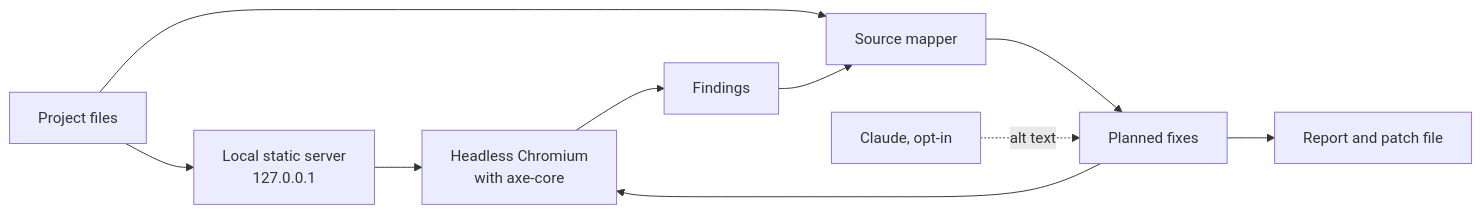
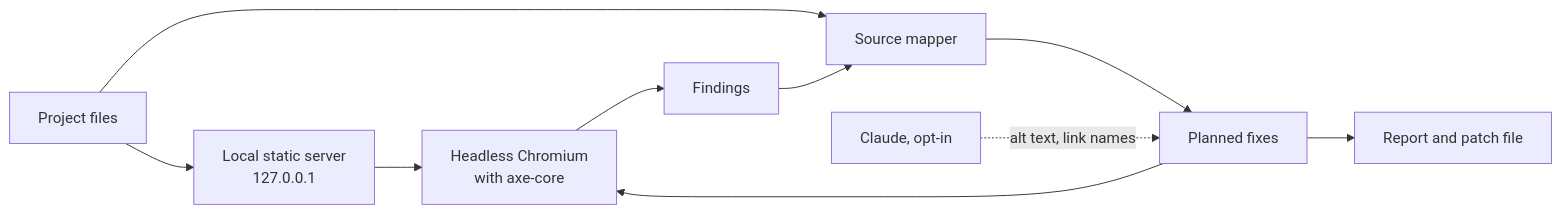
Before and after one commit to NoahIT/allymend: the diagram in docs/data-flow.md, drawn with Mermaid. The commit also changed other lines of this file and 11 other files, not shown here.

Commit message:
Write link names with Claude

````diff
--- a/docs/data-flow.md
+++ b/docs/data-flow.md
@@ -5,12 +5,12 @@
 ```mermaid
 flowchart LR
     project[Project files] --> server[Local static server<br>127.0.0.1]
     server --> browser[Headless Chromium<br>with axe-core]
     browser --> findings[Findings]
     project --> mapper[Source mapper]
     findings --> mapper
     mapper --> fixes[Planned fixes]
-    model[Claude, opt-in] -. alt text .-> fixes
+    model[Claude, opt-in] -. alt text, link names .-> fixes
     fixes --> browser
     fixes --> outputs[Report and patch file]
 ```
````
